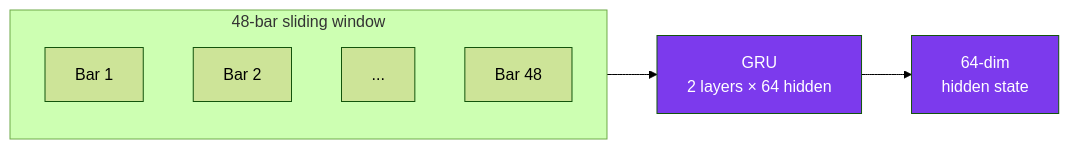
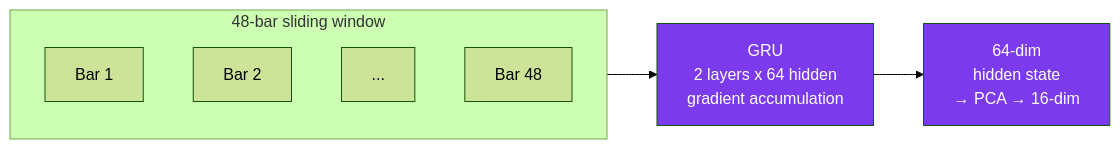
The fourth of 8 diagrams in docs/ARCHITECTURE.md (ultimateBroK/thesis-hybrid-stacking), drawn with Mermaid (forest theme) before and after one commit. The commit also changed other lines of this file and 39 other files, not shown here.

First line of the commit message:
feat: update data range to 2018-2024 and enhance model architecture

````diff
--- a/docs/ARCHITECTURE.md
+++ b/docs/ARCHITECTURE.md
@@ -152,15 +167,15 @@
 ```mermaid
 flowchart LR
     subgraph Input["48-bar sliding window"]
         B1["Bar 1"]
         B2["Bar 2"]
         BD["..."]
         B48["Bar 48"]
     end
 
-    Input --> GRU["GRU<br/>2 layers × 64 hidden"]
-    GRU --> HS["64-dim<br/>hidden state"]
+    Input --> GRU["GRU<br/>2 layers x 64 hidden<br/>gradient accumulation"]
+    GRU --> HS["64-dim<br/>hidden state<br/>→ PCA → 16-dim"]
 
     style GRU fill:#7C3AED,color:#fff
     style HS fill:#7C3AED,color:#fff
 ```
````
